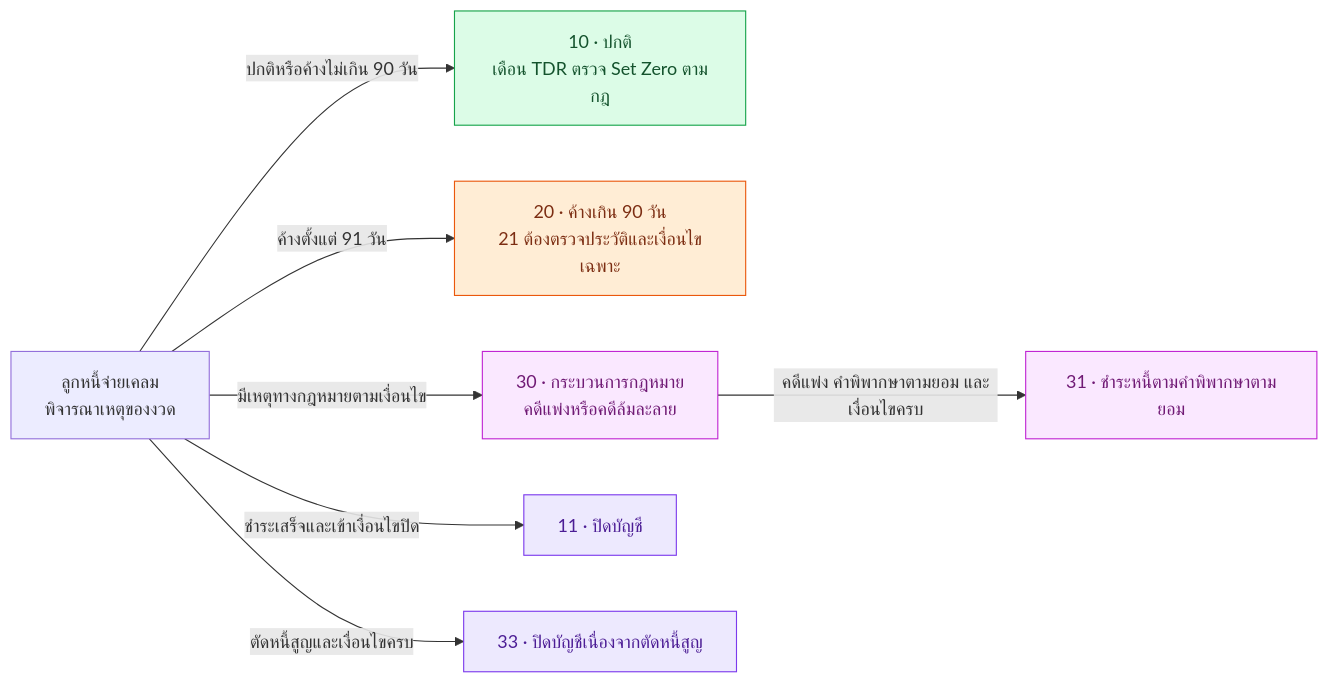
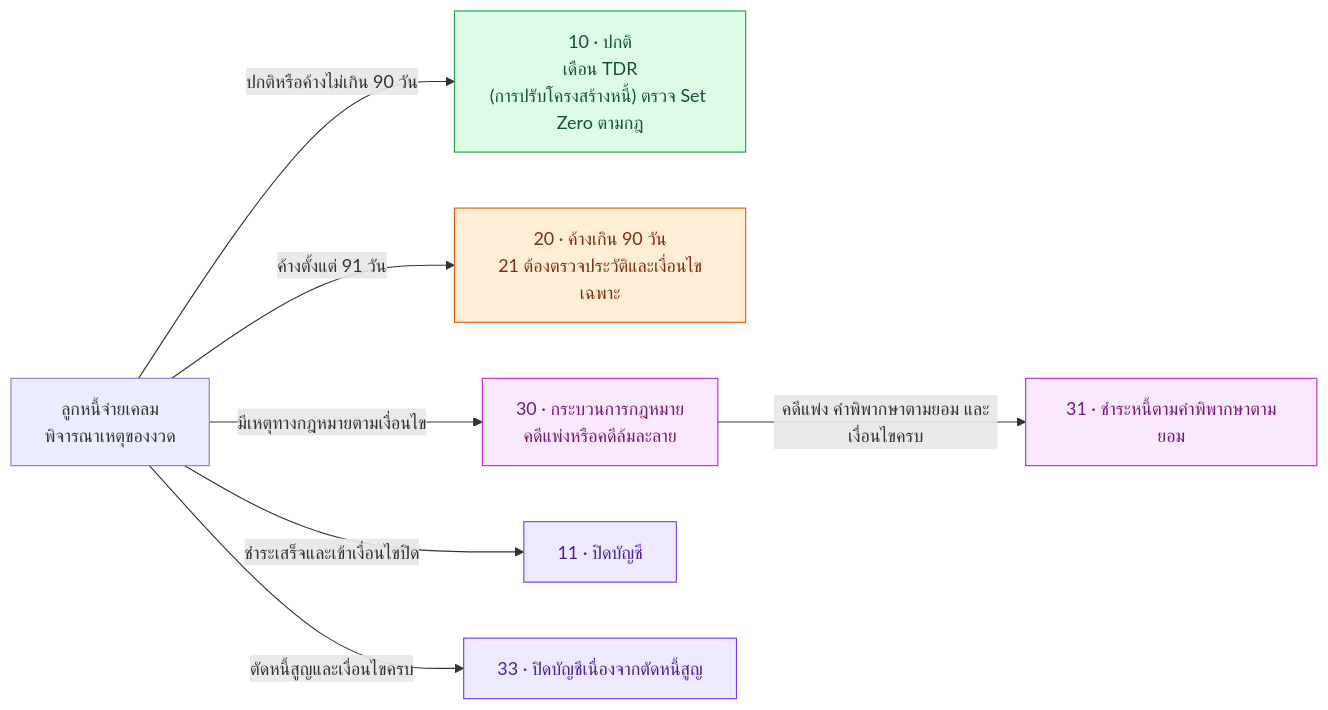
Before and after one commit to yukasung/eodncb: the third of 4 diagrams in app/credit-reporting/page.mdx, drawn with Mermaid. The commit also changed other lines of this file and 14 other files, not shown here.

````diff
--- a/app/credit-reporting/page.mdx
+++ b/app/credit-reporting/page.mdx
@@ -81,17 +81,17 @@
 ```mermaid
 flowchart LR
-    A["ลูกหนี้จ่ายเคลม<br/>พิจารณาเหตุของงวด"] -->|ปกติหรือค้างไม่เกิน 90 วัน| N["10 · ปกติ<br/>เดือน TDR ตรวจ Set Zero ตามกฎ"]
+    A["ลูกหนี้จ่ายเคลม<br/>พิจารณาเหตุของงวด"] -->|ปกติหรือค้างไม่เกิน 90 วัน| N["10 · ปกติ<br/>เดือน TDR<br/>(การปรับโครงสร้างหนี้) ตรวจ Set Zero ตามกฎ"]
     A -->|ค้างตั้งแต่ 91 วัน| O["20 · ค้างเกิน 90 วัน<br/>21 ต้องตรวจประวัติและเงื่อนไขเฉพาะ"]
     A -->|มีเหตุทางกฎหมายตามเงื่อนไข| L["30 · กระบวนการกฎหมาย<br/>คดีแพ่งหรือคดีล้มละลาย"]
     L -->|คดีแพ่ง คำพิพากษาตามยอม และเงื่อนไขครบ| J["31 · ชำระหนี้ตามคำพิพากษาตามยอม"]
     A -->|ชำระเสร็จและเข้าเงื่อนไขปิด| C["11 · ปิดบัญชี"]
     A -->|ตัดหนี้สูญและเงื่อนไขครบ| W["33 · ปิดบัญชีเนื่องจากตัดหนี้สูญ"]
     classDef normal fill:#dcfce7,stroke:#16a34a,color:#14532d;
     classDef overdue fill:#ffedd5,stroke:#ea580c,color:#7c2d12;
     classDef legal fill:#fae8ff,stroke:#c026d3,color:#701a75;
     classDef closed fill:#ede9fe,stroke:#7c3aed,color:#4c1d95;
     class N normal;
     class O overdue;
     class L,J legal;
     class C,W closed;
 ```
````
